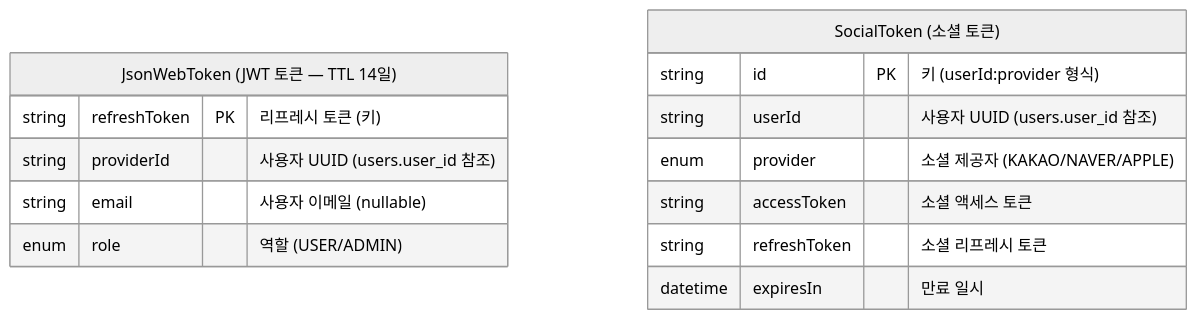
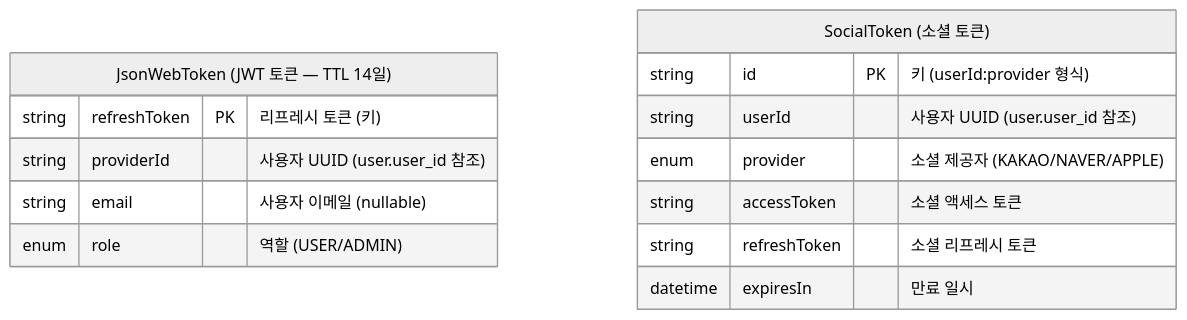
One commit to Digpot/Digda-server changed the second of 2 diagrams in docs/ERD.md. Above: the diagram before and after it, drawn with Mermaid (neutral theme). The commit also changed other lines of this file and 8 other files, not shown here.

````diff
--- a/docs/ERD.md
+++ b/docs/ERD.md
@@ -213,18 +238,18 @@
 ```mermaid
 erDiagram
     JsonWebToken_Redis["JsonWebToken (JWT 토큰 — TTL 14일)"] {
         string refreshToken PK "리프레시 토큰 (키)"
-        string providerId "사용자 UUID (users.user_id 참조)"
+        string providerId "사용자 UUID (user.user_id 참조)"
         string email "사용자 이메일 (nullable)"
         enum role "역할 (USER/ADMIN)"
     }
 
     SocialToken_Redis["SocialToken (소셜 토큰)"] {
         string id PK "키 (userId:provider 형식)"
-        string userId "사용자 UUID (users.user_id 참조)"
+        string userId "사용자 UUID (user.user_id 참조)"
         enum provider "소셜 제공자 (KAKAO/NAVER/APPLE)"
         string accessToken "소셜 액세스 토큰"
         string refreshToken "소셜 리프레시 토큰"
         datetime expiresIn "만료 일시"
     }
 ```
````
